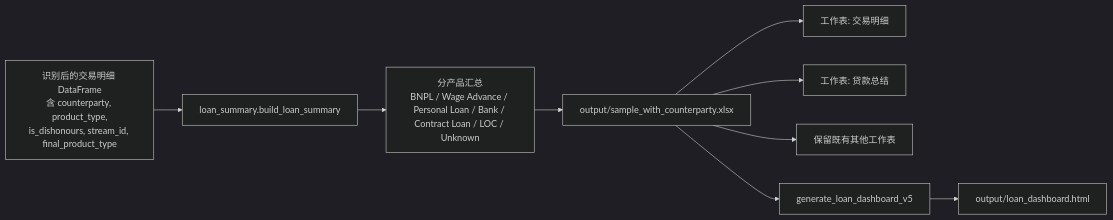
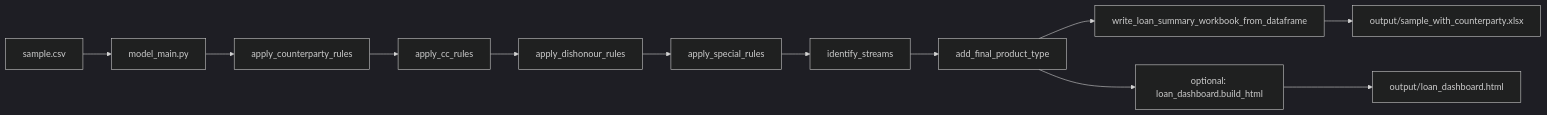
The diagram in liability_classification_engine/architecture_diagram.md (EliamZhang/ServiFlow-AI), drawn with Mermaid (dark theme) before and after one commit. The commit also changed other lines of this file and 10 other files, not shown here.

````diff
--- a/liability_classification_engine/architecture_diagram.md
+++ b/liability_classification_engine/architecture_diagram.md
@@ -85,11 +7,14 @@
 ```mermaid
 flowchart LR
-    A["识别后的交易明细 DataFrame<br/>含 counterparty, product_type,<br/>is_dishonours, stream_id, final_product_type"] --> B["loan_summary.build_loan_summary"]
-    B --> C["分产品汇总<br/>BNPL / Wage Advance / Personal Loan / Bank / Contract Loan / LOC / Unknown"]
-    C --> D["output/sample_with_counterparty.xlsx"]
-    D --> E["工作表: 交易明细"]
-    D --> F["工作表: 贷款总结"]
-    D --> G["保留既有其他工作表"]
-    D --> H["generate_loan_dashboard_v5"]
-    H --> I["output/loan_dashboard.html"]
+    A["sample.csv"] --> B["model_main.py"]
+    B --> C["apply_counterparty_rules"]
+    C --> D["apply_cc_rules"]
+    D --> E["apply_dishonour_rules"]
+    E --> F["apply_special_rules"]
+    F --> G["identify_streams"]
+    G --> H["add_final_product_type"]
+    H --> I["write_loan_summary_workbook_from_dataframe"]
+    I --> J["output/sample_with_counterparty.xlsx"]
+    H --> K["optional: loan_dashboard.build_html"]
+    K --> L["output/loan_dashboard.html"]
 ```
````
